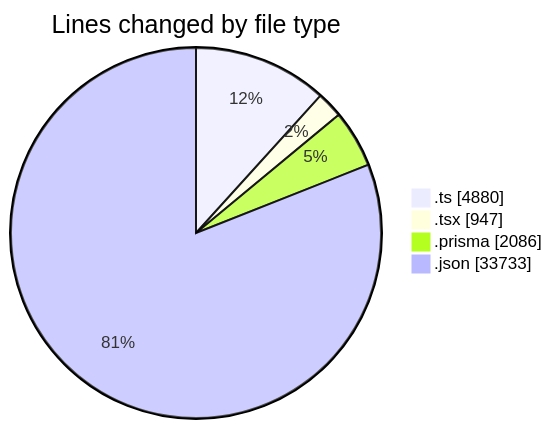
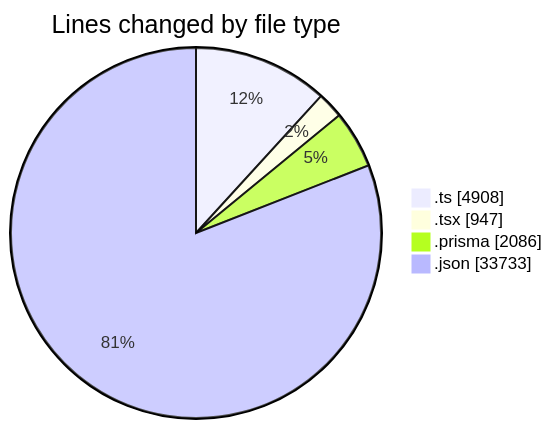
Before and after one commit to CELIANVF/code-tracking: the first of 2 diagrams in 2025-05-19/ecodeli-1/README.md, drawn with Mermaid. The commit also changed other lines of this file and 1 other file, not shown here.

````diff
--- a/2025-05-19/ecodeli-1/README.md
+++ b/2025-05-19/ecodeli-1/README.md
@@ -39,8 +39,8 @@
 ```mermaid
 pie showData
 title Lines changed by file type
-".ts" : 4880
+".ts" : 4908
 ".tsx" : 947
 ".prisma" : 2086
 ".json" : 33733
 ```
````
